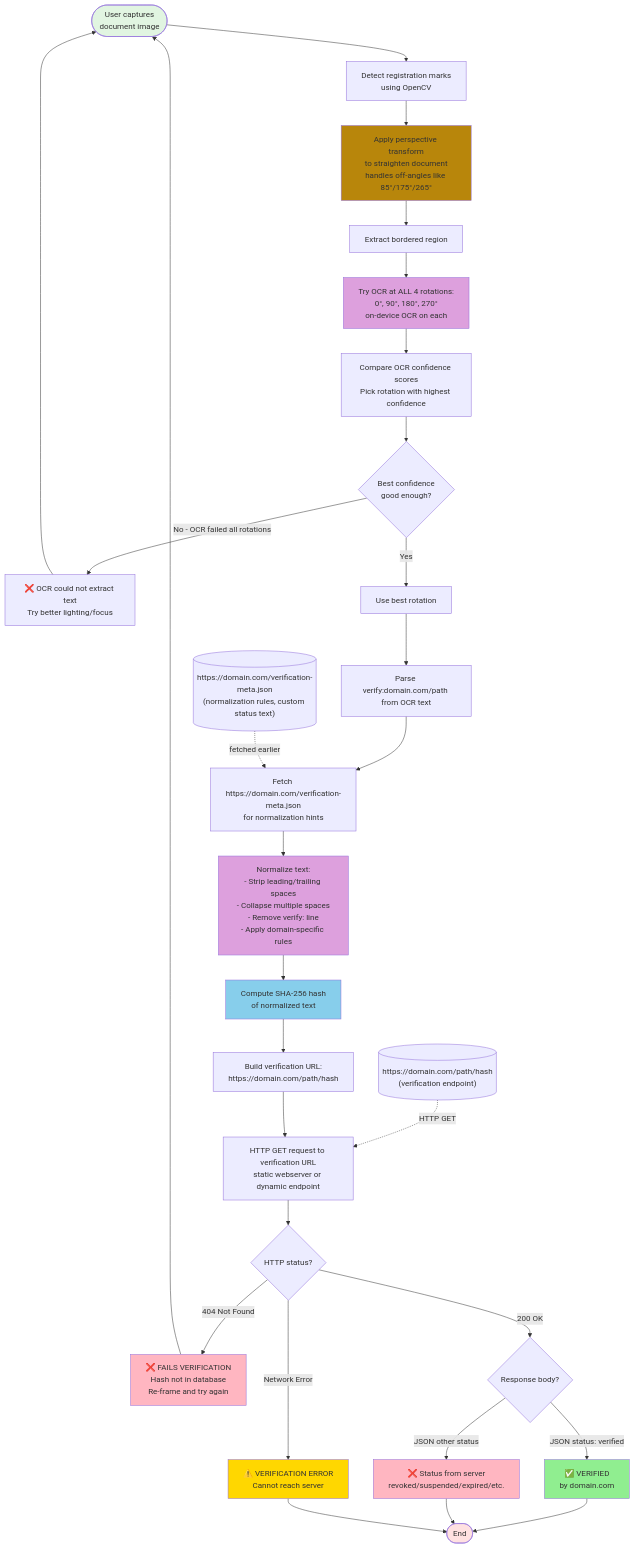
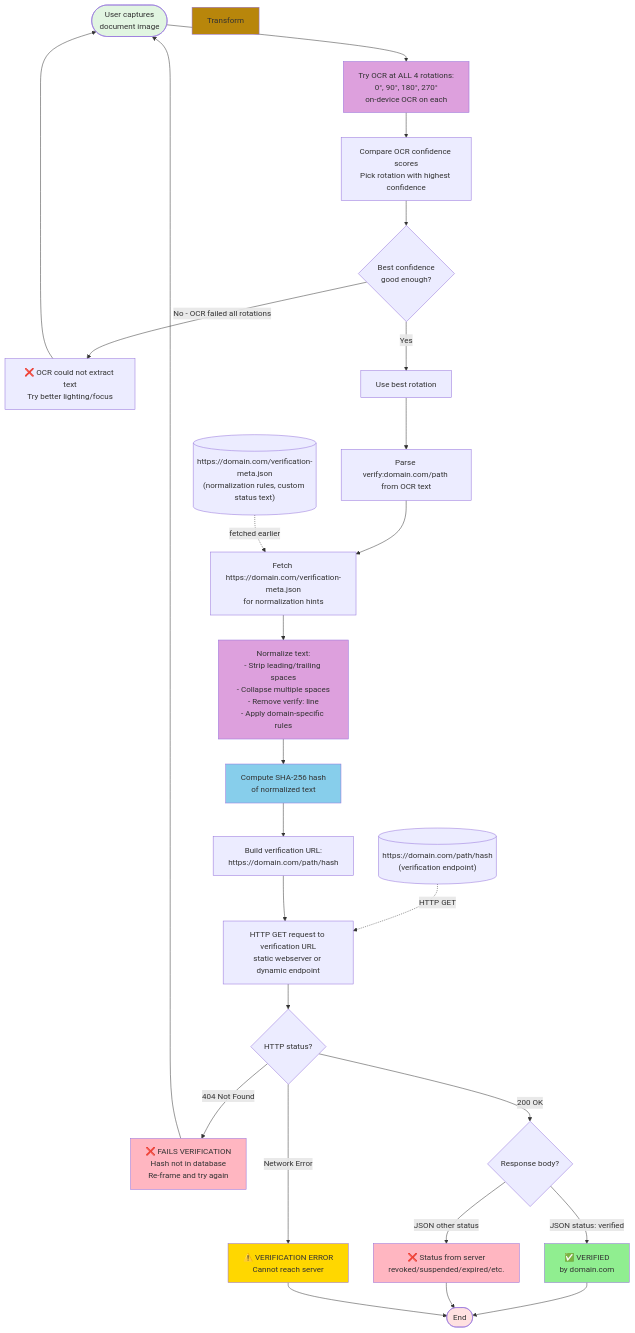
One commit to live-verify/live-verify changed the second of 2 diagrams in README.md. Above: the diagram before and after it, drawn with Mermaid. The commit also changed 16 other files, not shown here.

````diff
--- a/README.md
+++ b/README.md
@@ -281,43 +281,40 @@
 ```mermaid
 flowchart TD
-    Start([User captures<br/>document image]) --> Detect[Detect registration marks<br/>using OpenCV]
-    Detect --> Transform[Apply perspective transform<br/>to straighten document<br/>handles off-angles like 85°/175°/265°]
-    Transform --> Extract[Extract bordered region]
-    Extract --> TryAllRotations[Try OCR at ALL 4 rotations:<br/>0°, 90°, 180°, 270°<br/>on-device OCR on each]
+    Start([User captures<br/>document image]) --> TryAllRotations[Try OCR at ALL 4 rotations:<br/>0°, 90°, 180°, 270°<br/>on-device OCR on each]
     TryAllRotations --> CompareConfidence[Compare OCR confidence scores<br/>Pick rotation with highest confidence]
     CompareConfidence --> CheckConfidence{Best confidence<br/>good enough?}
     CheckConfidence -->|No - OCR failed all rotations| ShowOCRError[❌ OCR could not extract text<br/>Try better lighting/focus]
     ShowOCRError --> Start
     CheckConfidence -->|Yes| UseRotation[Use best rotation]
     UseRotation --> ParseVerify[Parse verify:domain.com/path from OCR text]
     ParseVerify --> FetchMeta[Fetch https://domain.com/verification-meta.json<br/>for normalization hints]
     FetchMeta --> Normalize[Normalize text:<br/>- Strip leading/trailing spaces<br/>- Collapse multiple spaces<br/>- Remove verify: line<br/>- Apply domain-specific rules]
     Normalize --> Hash[Compute SHA-256 hash<br/>of normalized text]
     Hash --> BuildURL[Build verification URL:<br/>https://domain.com/path/hash]
 
     MetaURL[("https://domain.com/verification-meta.json<br/>(normalization rules, custom status text)")] -.->|fetched earlier| FetchMeta
     VerifyURL[("https://domain.com/path/hash<br/>(verification endpoint)")] -.->|HTTP GET| Verify
 
     BuildURL --> Verify[HTTP GET request to verification URL<br/>static webserver or dynamic endpoint]
     Verify --> CheckHTTP{HTTP status?}
     CheckHTTP -->|404 Not Found| ShowNotFound[❌ FAILS VERIFICATION<br/>Hash not in database<br/>Re-frame and try again]
     ShowNotFound --> Start
     CheckHTTP -->|Network Error| ShowError[⚠️ VERIFICATION ERROR<br/>Cannot reach server]
     CheckHTTP -->|200 OK| CheckBody{Response body?}
     CheckBody -->|JSON status: verified| ShowVerified[✅ VERIFIED<br/>by domain.com]
     CheckBody -->|JSON other status| ShowNotOK[❌ Status from server<br/>revoked/suspended/expired/etc.]
     ShowVerified --> End([End])
     ShowNotOK --> End
     ShowError --> End
 
     style Start fill:#e1f5e1
     style End fill:#ffe1e1
     style ShowVerified fill:#90EE90
     style ShowNotFound fill:#FFB6C1
     style ShowNotOK fill:#FFB6C1
     style ShowError fill:#FFD700
     style Hash fill:#87CEEB
     style Normalize fill:#DDA0DD
     style Transform fill:#B8860B
     style TryAllRotations fill:#DDA0DD
 ```
````
